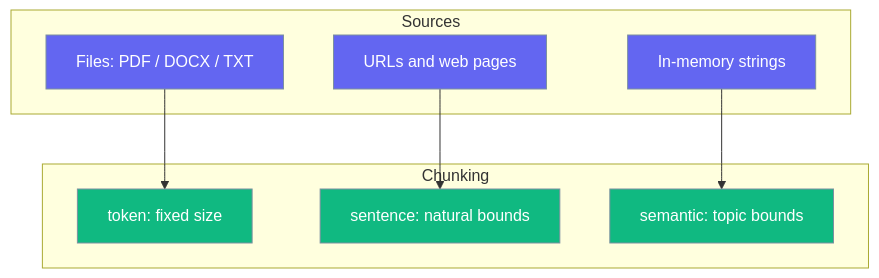
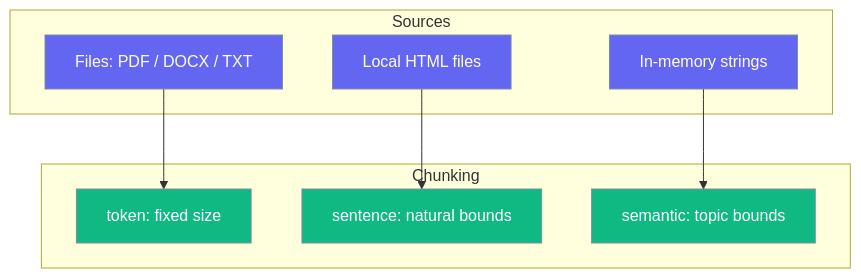
Before and after one commit to MervinPraison/PraisonAIDocs: the fourth of 5 diagrams in docs/features/knowledge.mdx, drawn with Mermaid. The commit also changed other lines of this file and 7 other files, not shown here.

````diff
--- a/docs/features/knowledge.mdx
+++ b/docs/features/knowledge.mdx
@@ -402,21 +402,21 @@
 ```mermaid
 graph TB
     subgraph Sources
         S1[Files: PDF / DOCX / TXT]
-        S2[URLs and web pages]
+        S2[Local HTML files]
         S3[In-memory strings]
     end
     subgraph Chunking
         C1[token: fixed size]
         C2[sentence: natural bounds]
         C3[semantic: topic bounds]
     end
     S1 --> C1
     S2 --> C2
     S3 --> C3
 
     classDef source fill:#6366F1,stroke:#7C90A0,color:#fff
     classDef strat fill:#10B981,stroke:#7C90A0,color:#fff
     class S1,S2,S3 source
     class C1,C2,C3 strat
 ```
````
